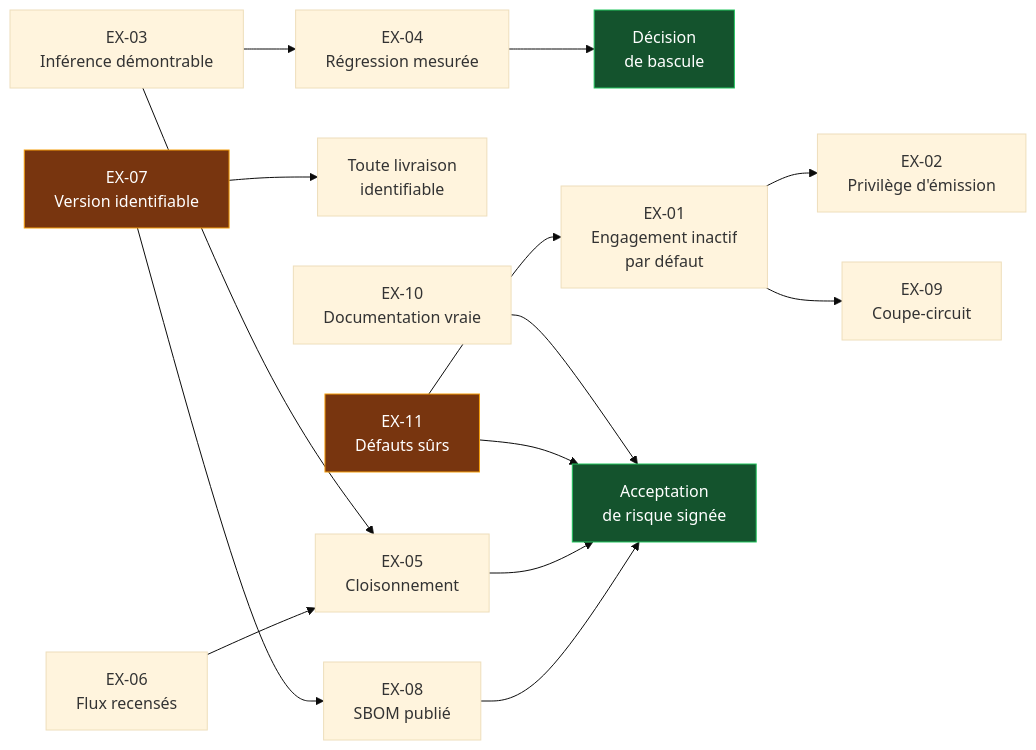
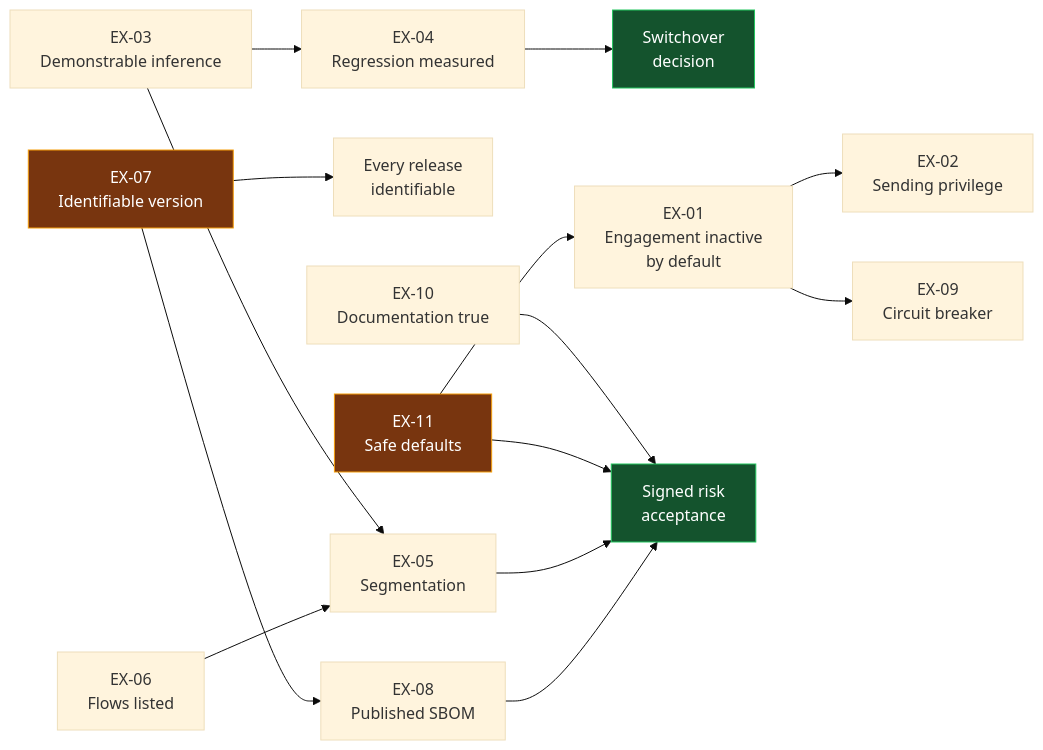
One commit to laugiov/scambuster changed the fourth of 4 diagrams in audit/plan.md. Above: the diagram before and after it, drawn with Mermaid (base theme). The commit also changed other lines of this file and 2 other files, not shown here.

````diff
--- a/audit/plan.md
+++ b/audit/plan.md
@@ -204,21 +204,21 @@
 ```mermaid
 flowchart LR
-  EX07["EX-07<br/>Version identifiable"] --> EX08["EX-08<br/>SBOM publié"]
-  EX07 --> TOUT["Toute livraison<br/>identifiable"]
-  EX03["EX-03<br/>Inférence démontrable"] --> EX04["EX-04<br/>Régression mesurée"]
-  EX04 --> BASCULE["Décision<br/>de bascule"]
-  EX03 --> EX05["EX-05<br/>Cloisonnement"]
-  EX01["EX-01<br/>Engagement inactif<br/>par défaut"] --> EX02["EX-02<br/>Privilège d'émission"]
-  EX01 --> EX09["EX-09<br/>Coupe-circuit"]
-  EX06["EX-06<br/>Flux recensés"] --> EX05
-  EX10["EX-10<br/>Documentation vraie"] --> ACCEPT["Acceptation<br/>de risque signée"]
-  EX11["EX-11<br/>Défauts sûrs"] --> EX01
+  EX07["EX-07<br/>Identifiable version"] --> EX08["EX-08<br/>Published SBOM"]
+  EX07 --> TOUT["Every release<br/>identifiable"]
+  EX03["EX-03<br/>Demonstrable inference"] --> EX04["EX-04<br/>Regression measured"]
+  EX04 --> BASCULE["Switchover<br/>decision"]
+  EX03 --> EX05["EX-05<br/>Segmentation"]
+  EX01["EX-01<br/>Engagement inactive<br/>by default"] --> EX02["EX-02<br/>Sending privilege"]
+  EX01 --> EX09["EX-09<br/>Circuit breaker"]
+  EX06["EX-06<br/>Flows listed"] --> EX05
+  EX10["EX-10<br/>Documentation true"] --> ACCEPT["Signed risk<br/>acceptance"]
+  EX11["EX-11<br/>Safe defaults"] --> EX01
   EX11 --> ACCEPT
   EX05 --> ACCEPT
   EX08 --> ACCEPT
 
   classDef pre fill:#78350f,stroke:#f59e0b,color:#fff
   classDef fin fill:#14532d,stroke:#22c55e,color:#fff
   class EX07,EX11 pre
   class ACCEPT,BASCULE fin
 ```
````
